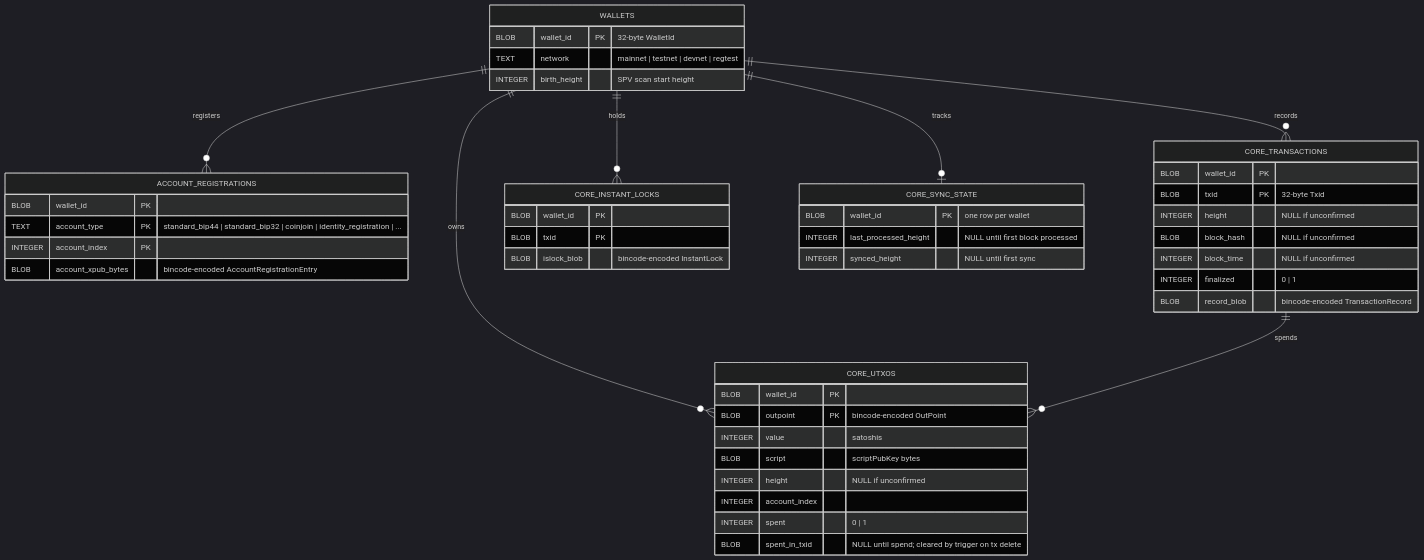
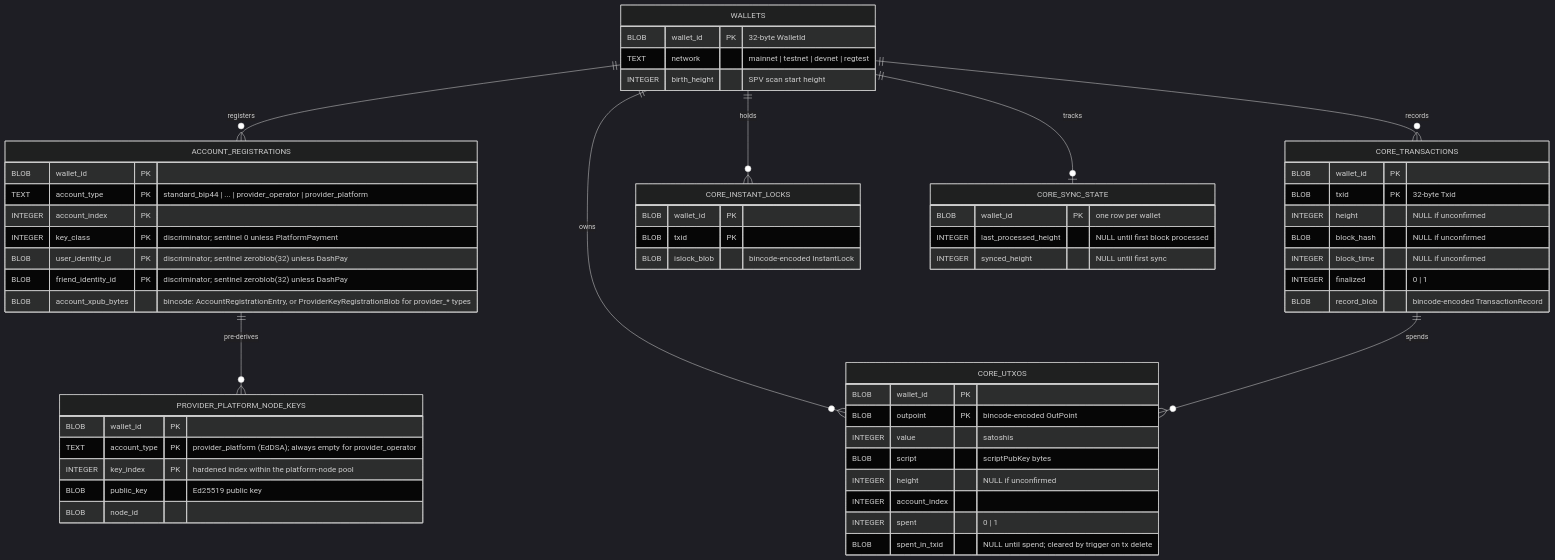
One commit to dashpay/platform changed the first of 5 diagrams in packages/rs-platform-wallet-storage/SCHEMA.md. Above: the diagram before and after it, drawn with Mermaid (dark theme). The commit also changed other lines of this file, not shown here.

First line of the commit message:
docs(rs-platform-wallet-storage): log V002-V004 in SCHEMA.md migration table

````diff
--- a/packages/rs-platform-wallet-storage/SCHEMA.md
+++ b/packages/rs-platform-wallet-storage/SCHEMA.md
@@ -46,55 +46,67 @@
 ```mermaid
 erDiagram
     WALLETS ||--o{ ACCOUNT_REGISTRATIONS : "registers"
+    ACCOUNT_REGISTRATIONS ||--o{ PROVIDER_PLATFORM_NODE_KEYS : "pre-derives"
     WALLETS ||--o{ CORE_TRANSACTIONS : "records"
     WALLETS ||--o{ CORE_UTXOS : "owns"
     WALLETS ||--o{ CORE_INSTANT_LOCKS : "holds"
     WALLETS ||--o| CORE_SYNC_STATE : "tracks"
     CORE_TRANSACTIONS ||--o{ CORE_UTXOS : "spends"
 
     WALLETS {
         BLOB wallet_id PK "32-byte WalletId"
         TEXT network "mainnet | testnet | devnet | regtest"
         INTEGER birth_height "SPV scan start height"
     }
 
     ACCOUNT_REGISTRATIONS {
         BLOB wallet_id PK
-        TEXT account_type PK "standard_bip44 | standard_bip32 | coinjoin | identity_registration | ..."
+        TEXT account_type PK "standard_bip44 | ... | provider_operator | provider_platform"
         INTEGER account_index PK
-        BLOB account_xpub_bytes "bincode-encoded AccountRegistrationEntry"
+        INTEGER key_class PK "discriminator; sentinel 0 unless PlatformPayment"
+        BLOB user_identity_id PK "discriminator; sentinel zeroblob(32) unless DashPay"
+        BLOB friend_identity_id PK "discriminator; sentinel zeroblob(32) unless DashPay"
+        BLOB account_xpub_bytes "bincode: AccountRegistrationEntry, or ProviderKeyRegistrationBlob for provider_* types"
+    }
+
+    PROVIDER_PLATFORM_NODE_KEYS {
+        BLOB wallet_id PK
+        TEXT account_type PK "provider_platform (EdDSA); always empty for provider_operator"
+        INTEGER key_index PK "hardened index within the platform-node pool"
+        BLOB public_key "Ed25519 public key"
+        BLOB node_id
     }
 
     CORE_TRANSACTIONS {
         BLOB wallet_id PK
         BLOB txid PK "32-byte Txid"
         INTEGER height "NULL if unconfirmed"
         BLOB block_hash "NULL if unconfirmed"
         INTEGER block_time "NULL if unconfirmed"
         INTEGER finalized "0 | 1"
         BLOB record_blob "bincode-encoded TransactionRecord"
     }
 
     CORE_UTXOS {
         BLOB wallet_id PK
         BLOB outpoint PK "bincode-encoded OutPoint"
         INTEGER value "satoshis"
         BLOB script "scriptPubKey bytes"
         INTEGER height "NULL if unconfirmed"
         INTEGER account_index
         INTEGER spent "0 | 1"
         BLOB spent_in_txid "NULL until spend; cleared by trigger on tx delete"
     }
 
     CORE_INSTANT_LOCKS {
         BLOB wallet_id PK
         BLOB txid PK
         BLOB islock_blob "bincode-encoded InstantLock"
     }
 
     CORE_SYNC_STATE {
         BLOB wallet_id PK "one row per wallet"
         INTEGER last_processed_height "NULL until first block processed"
         INTEGER synced_height "NULL until first sync"
     }
 ```
````
